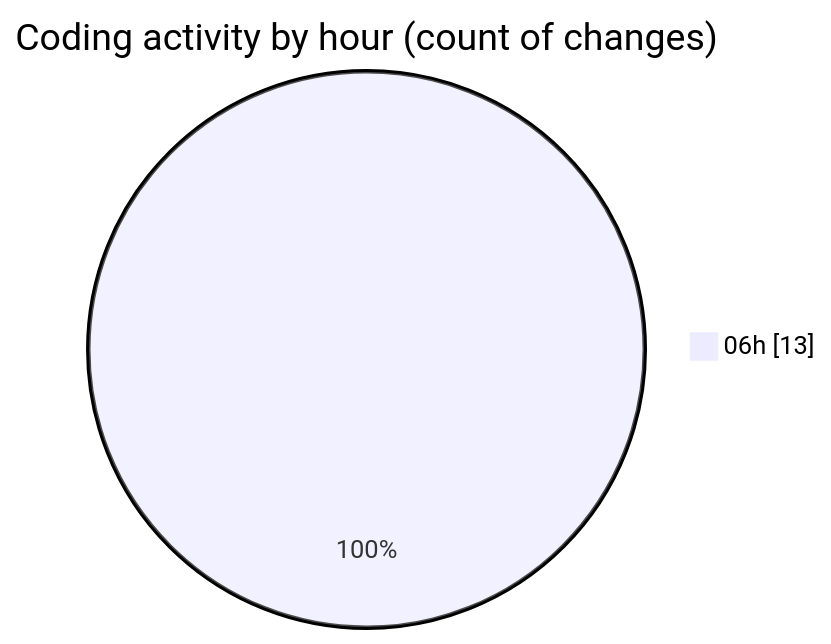
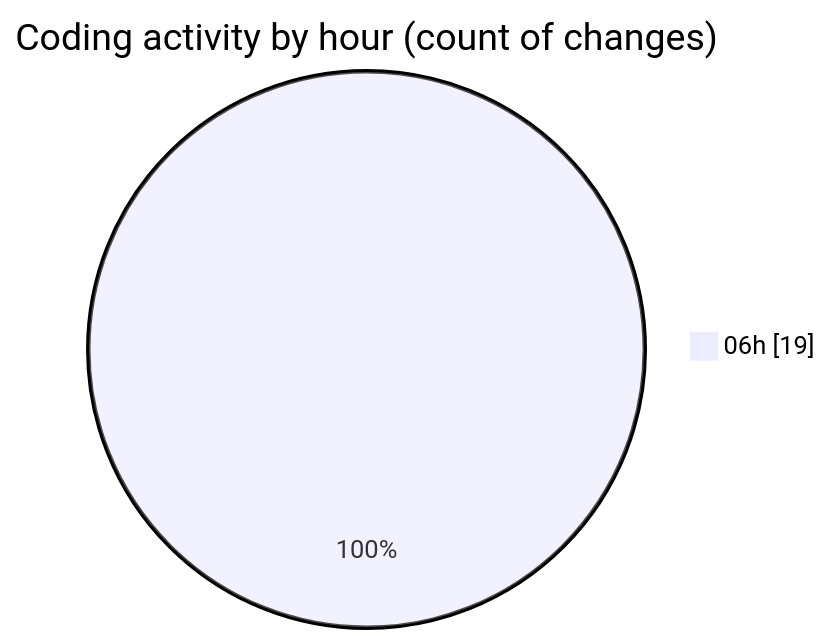
Before and after one commit to robertbonfada/code-tracking: the second of 2 diagrams in 2025-01-30/mbc-web/README.md, drawn with Mermaid. The commit also changed other lines of this file and 1 other file, not shown here.

````diff
--- a/2025-01-30/mbc-web/README.md
+++ b/2025-01-30/mbc-web/README.md
@@ -34,5 +37,5 @@
 ```mermaid
 pie showData
 title Coding activity by hour (count of changes)
-"06h" : 13
+"06h" : 19
 ```
````
